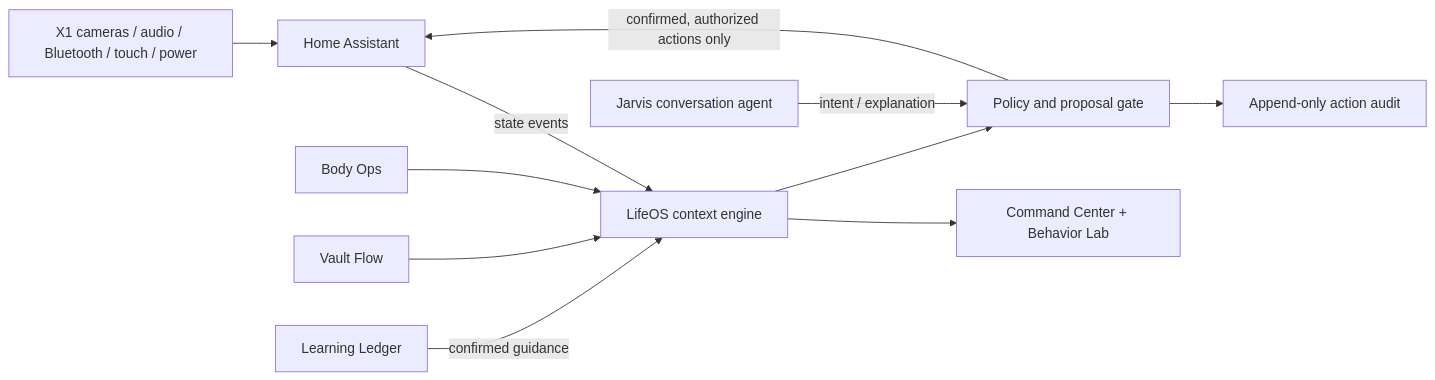
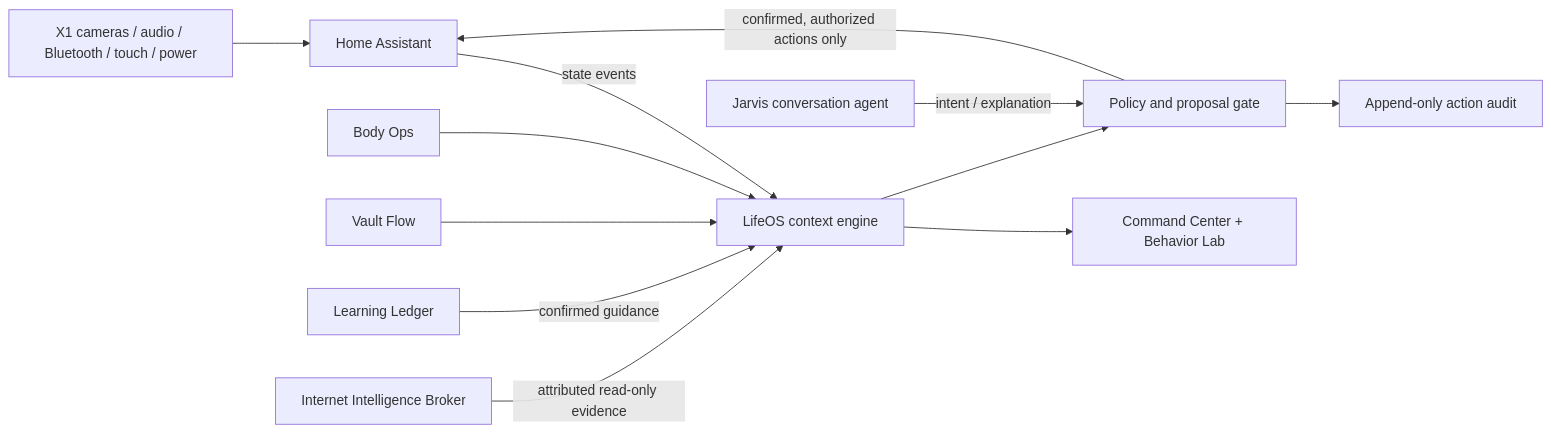
The diagram in README.md (GiovanniBiscottiofficial/Jarvis-Hub), drawn with Mermaid before and after one commit. The commit also changed other lines of this file and 20 other files, not shown here.

Commit message:
feat: add unified internet intelligence broker

````diff
--- a/README.md
+++ b/README.md
@@ -218,13 +253,14 @@
 ```mermaid
 flowchart LR
     X1["X1 cameras / audio / Bluetooth / touch / power"] --> HA["Home Assistant"]
     HA -->|state events| CE["LifeOS context engine"]
     BO["Body Ops"] --> CE
     VF["Vault Flow"] --> CE
     LL["Learning Ledger"] -->|confirmed guidance| CE
+    WEB["Internet Intelligence Broker"] -->|attributed read-only evidence| CE
     CE --> CC["Command Center + Behavior Lab"]
     CE --> PP["Policy and proposal gate"]
     LLM["Jarvis conversation agent"] -->|intent / explanation| PP
     PP -->|confirmed, authorized actions only| HA
     PP --> AU["Append-only action audit"]
 ```
````
